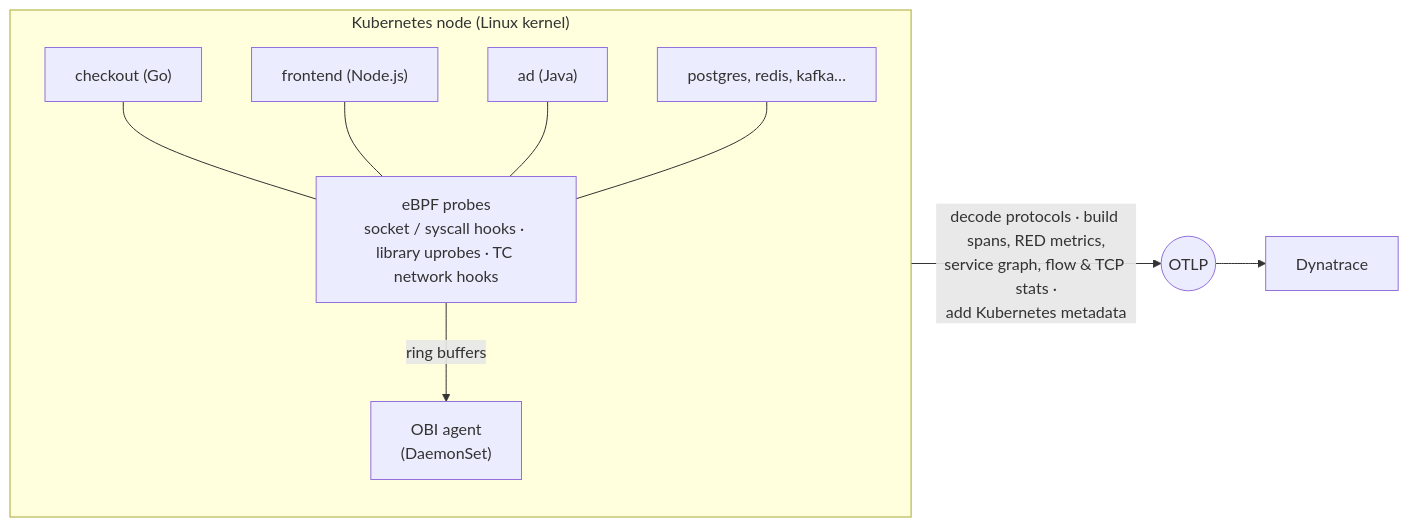
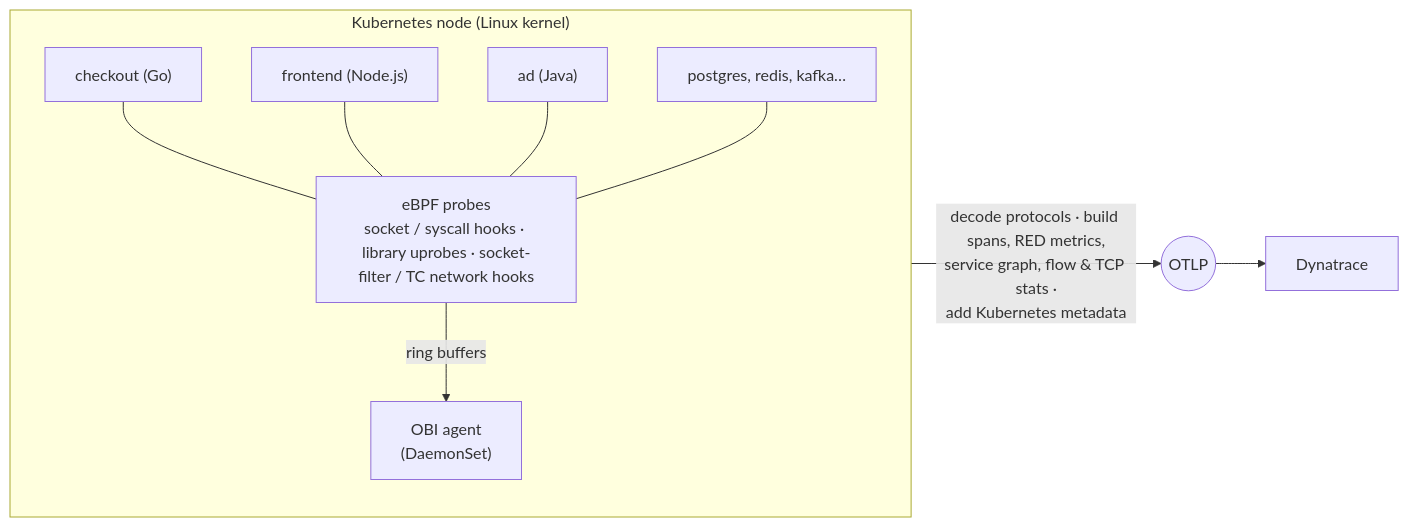
One commit to npcomplete777/opentelemetry-demo changed the diagram in README.md. Above: the diagram before and after it, drawn with Mermaid. The commit also changed other lines of this file and 3 other files, not shown here.

````diff
--- a/README.md
+++ b/README.md
@@ -44,14 +46,14 @@
 ```mermaid
 flowchart LR
   subgraph node["Kubernetes node (Linux kernel)"]
     direction TB
     app1["checkout (Go)"] --- k
     app2["frontend (Node.js)"] --- k
     app3["ad (Java)"] --- k
     app4["postgres, redis, kafka…"] --- k
-    k["eBPF probes<br/>socket / syscall hooks · library uprobes · TC network hooks"]
+    k["eBPF probes<br/>socket / syscall hooks · library uprobes · socket-filter / TC network hooks"]
     k -->|ring buffers| obi["OBI agent<br/>(DaemonSet)"]
   end
   obi -->|"decode protocols · build spans, RED metrics,<br/>service graph, flow & TCP stats ·<br/>add Kubernetes metadata"| otlp(("OTLP"))
   otlp --> dt["Dynatrace"]
 ```
````
